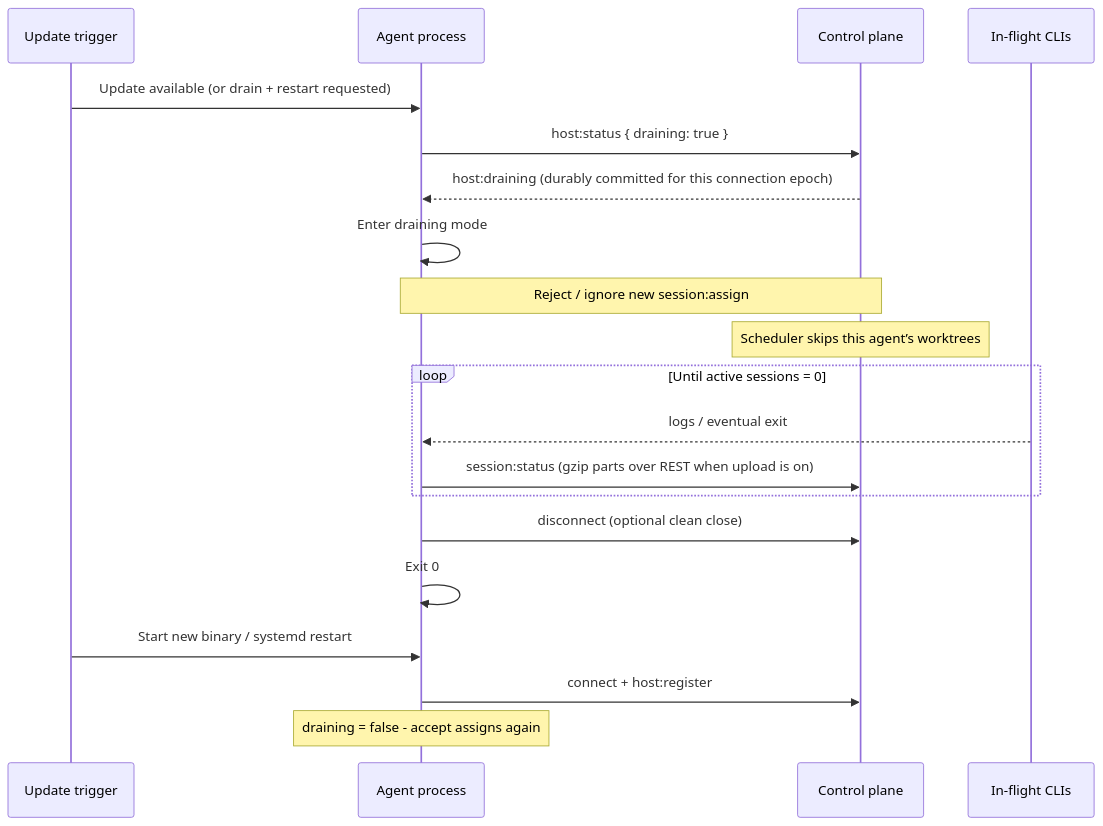
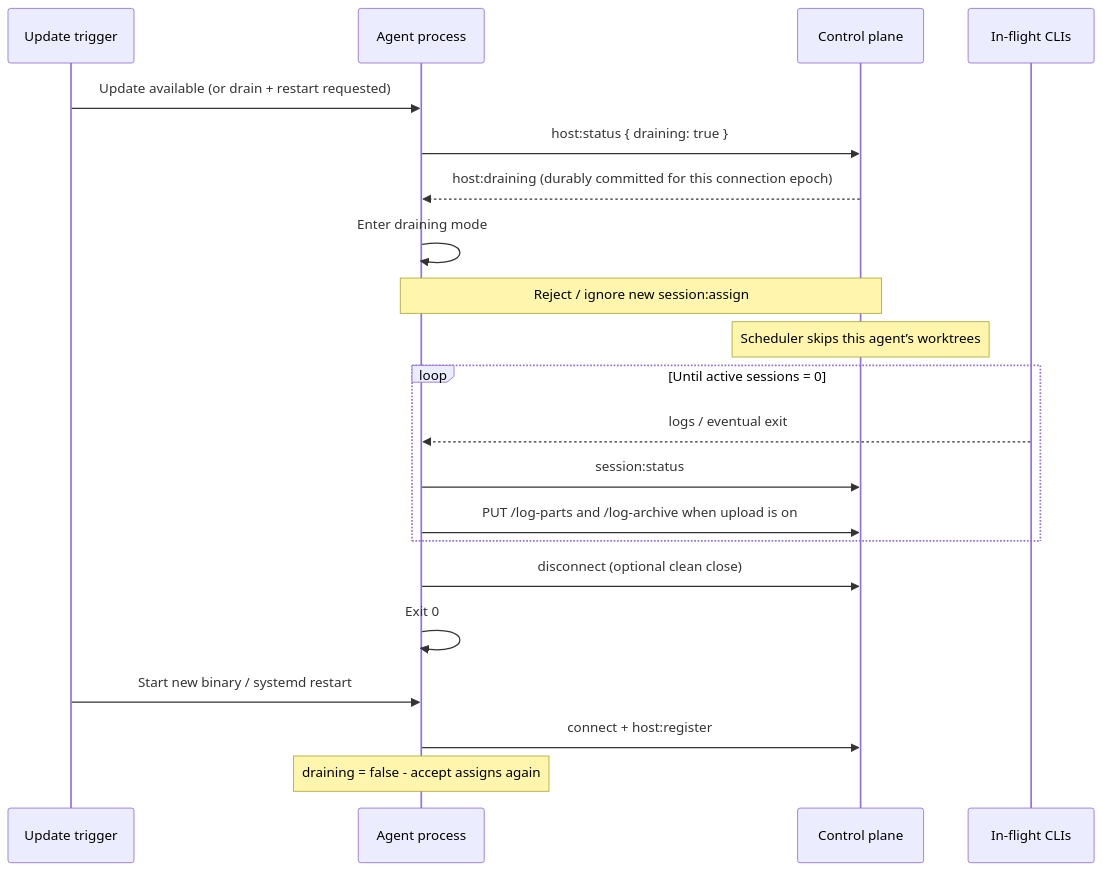
The fifth of 5 diagrams in docs/host-daemon.md (jonathanong/auto-harness), drawn with Mermaid before and after one commit. The commit also changed other lines of this file and 1 other file, not shown here.

Commit message:
docs: split status WS from REST log PUTs
Clarify LogDrops as the legacy session:log EMF path, ListBucket as a
prefix-conditioned bucket grant, and mermaid arrows for gzip REST.

Validation: pnpm exec oxfmt on the edited docs

````diff
--- a/docs/host-daemon.md
+++ b/docs/host-daemon.md
@@ -963,25 +964,26 @@
 ```mermaid
 sequenceDiagram
     participant Updater as Update trigger
     participant Agent as Agent process
     participant AWS as Control plane
     participant CLI as In-flight CLIs
 
     Updater->>Agent: Update available (or drain + restart requested)
     Agent->>AWS: host:status { draining: true }
     AWS-->>Agent: host:draining (durably committed for this connection epoch)
     Agent->>Agent: Enter draining mode
     Note over Agent,AWS: Reject / ignore new session:assign
     Note over AWS: Scheduler skips this agent’s worktrees
 
     loop Until active sessions = 0
         CLI-->>Agent: logs / eventual exit
-        Agent->>AWS: session:status (gzip parts over REST when upload is on)
+        Agent->>AWS: session:status
+        Agent->>AWS: PUT /log-parts and /log-archive when upload is on
     end
 
     Agent->>AWS: disconnect (optional clean close)
     Agent->>Agent: Exit 0
     Updater->>Agent: Start new binary / systemd restart
     Agent->>AWS: connect + host:register
     Note over Agent: draining = false - accept assigns again
 ```
````
